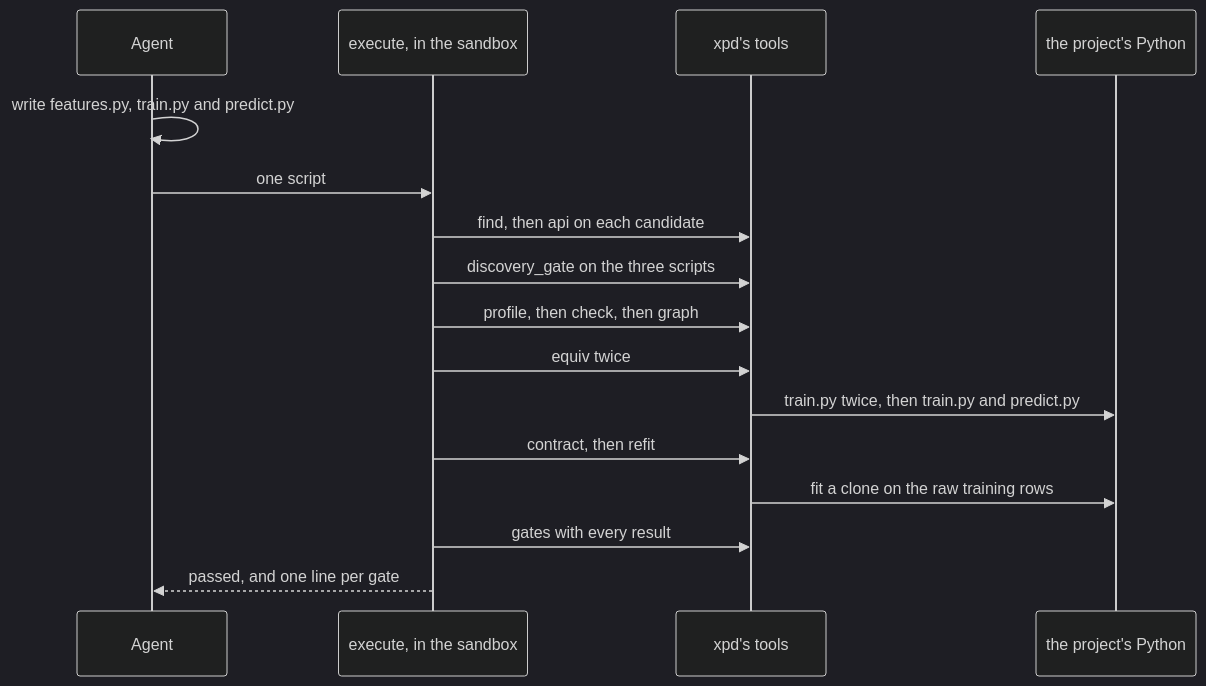
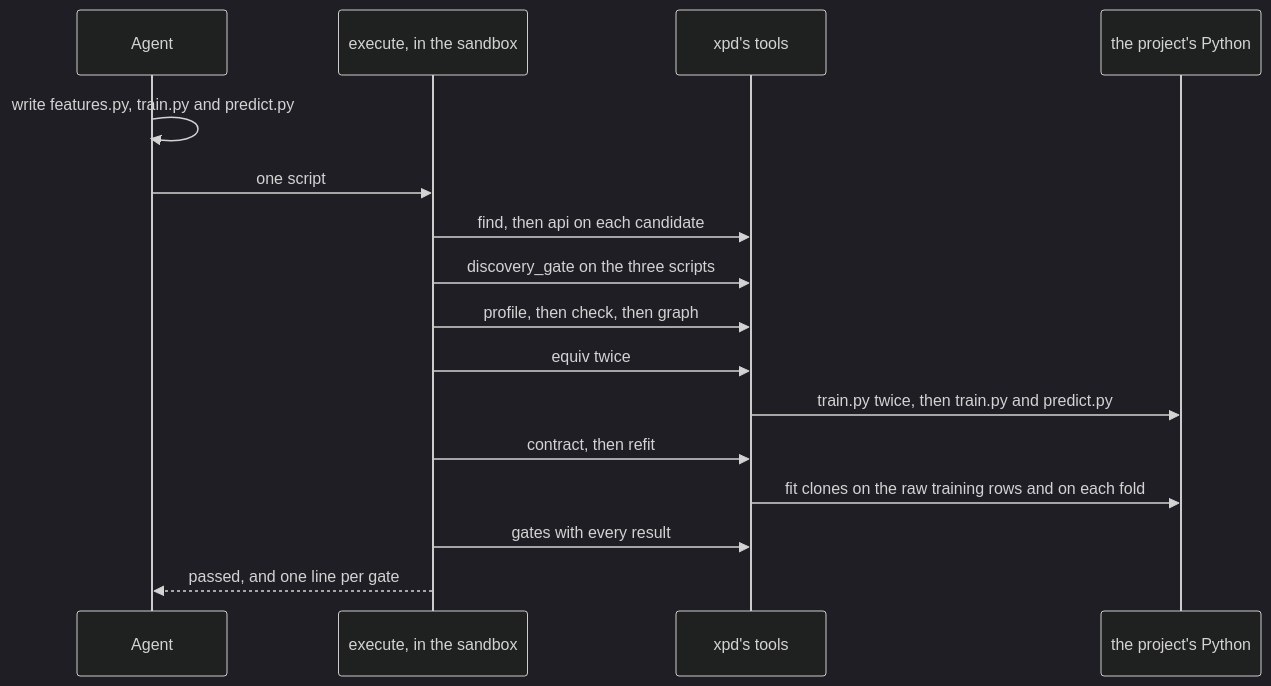
The diagram in docs/code-mode.md (bjoernaagaard/xpd), drawn with Mermaid (dark theme) before and after one commit. The commit also changed other lines of this file, not shown here.

````diff
--- a/docs/code-mode.md
+++ b/docs/code-mode.md
@@ -12,18 +12,18 @@
 ```mermaid
 sequenceDiagram
     participant Agent
     participant Sandbox as execute, in the sandbox
     participant Server as xpd's tools
     participant Python as the project's Python
     Agent->>Agent: write features.py, train.py and predict.py
     Agent->>Sandbox: one script
     Sandbox->>Server: find, then api on each candidate
     Sandbox->>Server: discovery_gate on the three scripts
     Sandbox->>Server: profile, then check, then graph
     Sandbox->>Server: equiv twice
     Server->>Python: train.py twice, then train.py and predict.py
     Sandbox->>Server: contract, then refit
-    Server->>Python: fit a clone on the raw training rows
+    Server->>Python: fit clones on the raw training rows and on each fold
     Sandbox->>Server: gates with every result
     Sandbox-->>Agent: passed, and one line per gate
 ```
````
